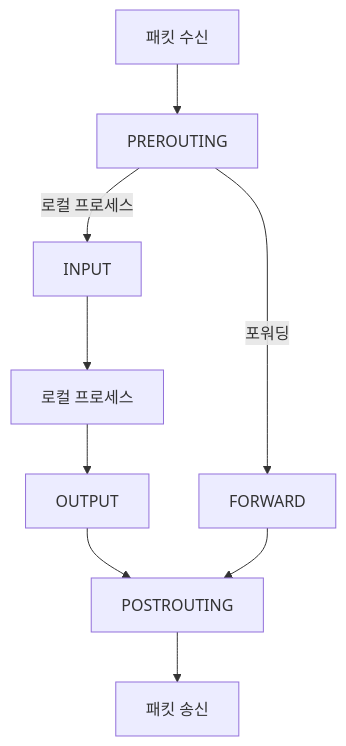
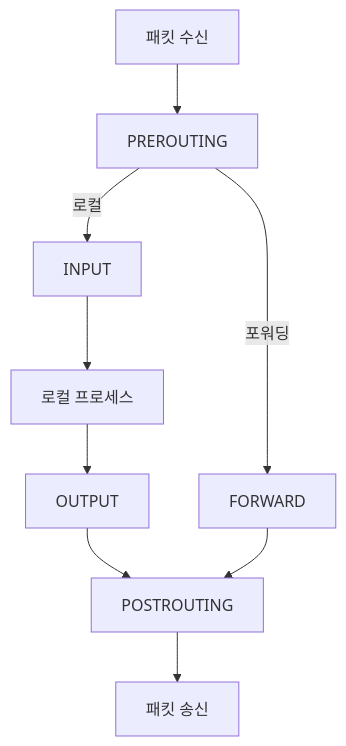
One commit to moonblueblue/devops-wiki changed the second of 6 diagrams in content/linux/network-basics/firewall.md. Above: the diagram before and after it, drawn with Mermaid. The commit also changed other lines of this file and 37 other files, not shown here.

First line of the commit message:
style: linux 카테고리 ASCII 도표·Mermaid 라벨 형식 교정

````diff
--- a/content/linux/network-basics/firewall.md
+++ b/content/linux/network-basics/firewall.md
@@ -58,12 +67,12 @@
 ```mermaid
 graph TD
     IN["패킷 수신"]
     --> PRE[PREROUTING]
-    PRE -->|"로컬 프로세스"| INPUT[INPUT]
+    PRE -->|로컬| INPUT[INPUT]
     INPUT --> LOCAL["로컬 프로세스"]
     LOCAL --> OUTPUT[OUTPUT]
     OUTPUT --> POST[POSTROUTING]
-    PRE -->|"포워딩"| FWD[FORWARD]
+    PRE -->|포워딩| FWD[FORWARD]
     FWD --> POST
     POST --> OUT["패킷 송신"]
 ```
````
